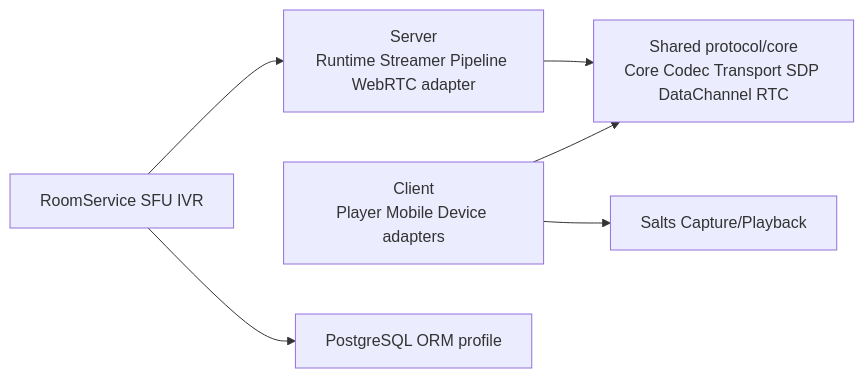
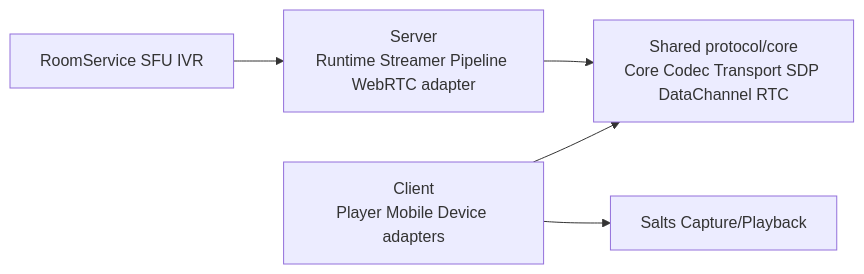
Before and after one commit to qigao/turbomedia: the diagram in docs/design/client-server-product-profiles.md, drawn with Mermaid. The commit also changed other lines of this file, not shown here.

````diff
--- a/docs/design/client-server-product-profiles.md
+++ b/docs/design/client-server-product-profiles.md
@@ -33,15 +33,12 @@
 ```mermaid
 flowchart LR
   Shared[Shared protocol/core\nCore Codec Transport SDP DataChannel RTC]
   Client[Client\nPlayer Mobile Device adapters]
   Server[Server\nRuntime Streamer Pipeline WebRTC adapter]
   Services[RoomService SFU IVR]
   Capture[Salts Capture/Playback]
-  Persistence[PostgreSQL ORM profile]
-
   Client --> Shared
   Server --> Shared
   Services --> Server
   Client --> Capture
-  Services --> Persistence
 ```
````
